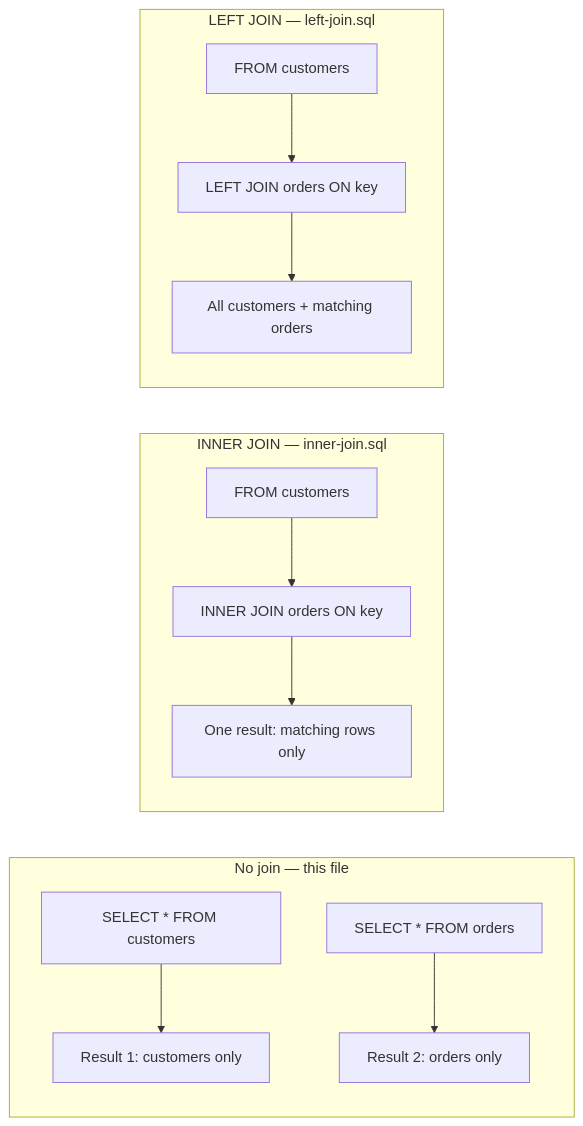
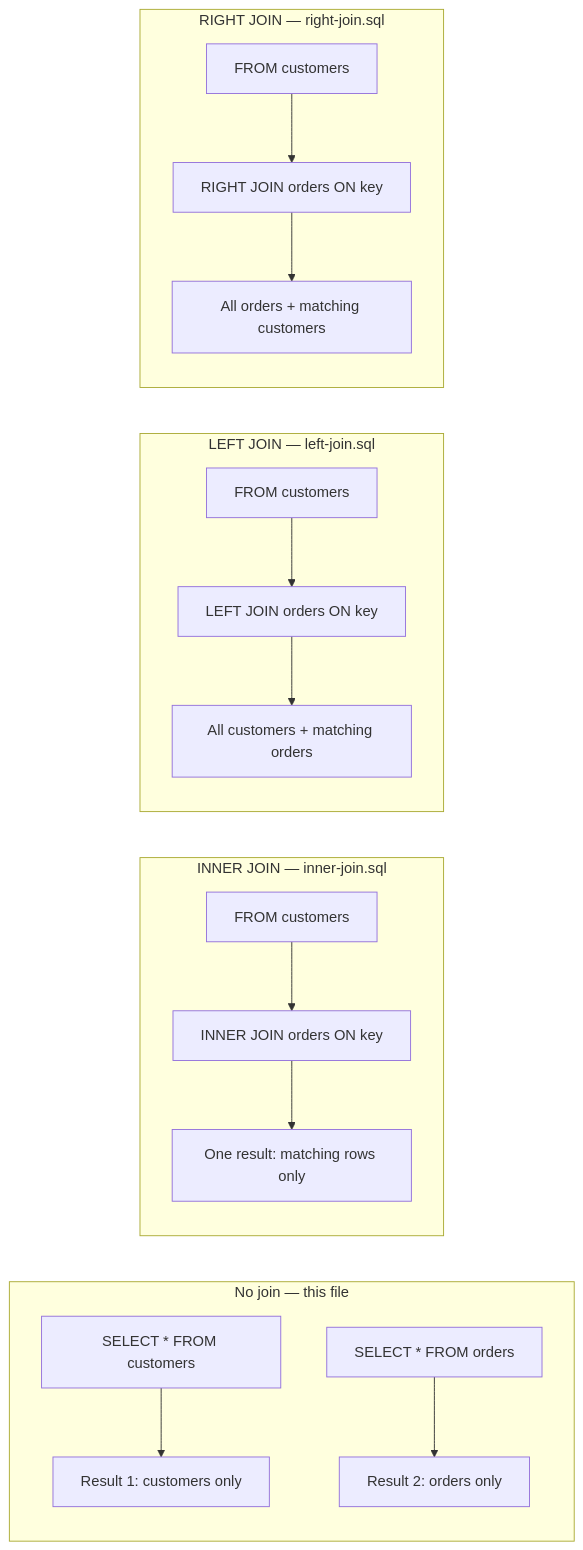
One commit to PandeyRajnish/sql changed the first of 6 diagrams in joins(columns-rows)/README.md. Above: the diagram before and after it, drawn with Mermaid. The commit also changed other lines of this file and 2 other files, not shown here.

Commit message:
Update README.md and joins(columns-rows)/README.md to introduce `RIGHT JOIN`, including detailed explanations, examples, and a new `right-join.sql` file. Enhanced visual aids and clarified the behavior of `RIGHT JOIN` in SQL queries.

````diff
--- a/joins(columns-rows)/README.md
+++ b/joins(columns-rows)/README.md
@@ -23,17 +23,22 @@
 ```mermaid
 flowchart LR
     subgraph nojoin ["No join — this file"]
         C1["SELECT * FROM customers"] --> R1["Result 1: customers only"]
         O1["SELECT * FROM orders"] --> R2["Result 2: orders only"]
     end
 
     subgraph inner ["INNER JOIN — inner-join.sql"]
         C2["FROM customers"] --> J["INNER JOIN orders ON key"]
         J --> R3["One result: matching rows only"]
     end
 
     subgraph leftj ["LEFT JOIN — left-join.sql"]
         C3["FROM customers"] --> L["LEFT JOIN orders ON key"]
         L --> R4["All customers + matching orders"]
     end
+
+    subgraph rightj ["RIGHT JOIN — right-join.sql"]
+        C4["FROM customers"] --> R["RIGHT JOIN orders ON key"]
+        R --> R5["All orders + matching customers"]
+    end
 ```
````
